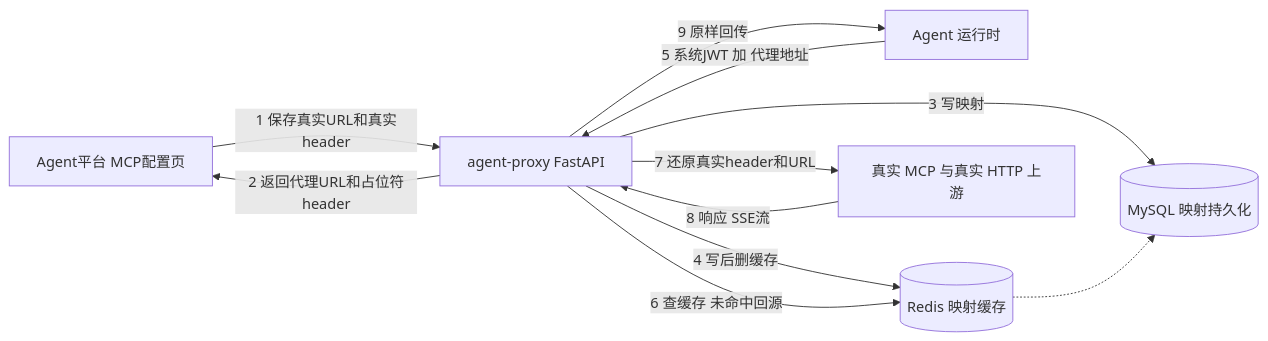
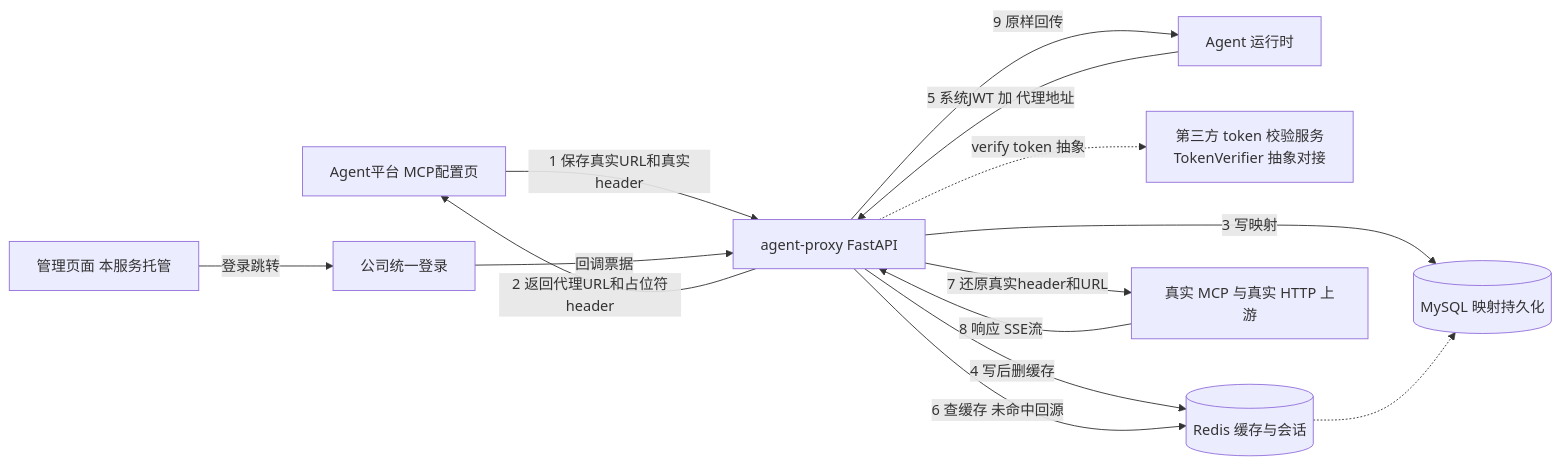
Before and after one commit to BoboBH/agent-proxy: the first of 7 diagrams in docs/superpowers/specs/2026-11-21-agent-proxy-design.md, drawn with Mermaid. The commit also changed other lines of this file, not shown here.

````diff
--- a/docs/superpowers/specs/2026-11-21-agent-proxy-design.md
+++ b/docs/superpowers/specs/2026-11-21-agent-proxy-design.md
@@ -57,21 +59,28 @@
 ```mermaid
 flowchart LR
     page[Agent平台 MCP配置页]
+    adminp[管理页面 本服务托管]
+    sso[公司统一登录]
     agent[Agent 运行时]
     proxy[agent-proxy FastAPI]
+    idp[第三方 token 校验服务<br/>TokenVerifier 抽象对接]
     mysql[(MySQL 映射持久化)]
-    redis[(Redis 映射缓存)]
+    redis[(Redis 缓存与会话)]
     upstream[真实 MCP 与真实 HTTP 上游]
 
     page -->|1 保存真实URL和真实header| proxy
     proxy -->|2 返回代理URL和占位符header| page
     proxy -->|3 写映射| mysql
     proxy -->|4 写后删缓存| redis
+
+    adminp -->|登录跳转| sso
+    sso -->|回调票据| proxy
+    proxy -.->|verify token 抽象| idp
 
     agent -->|5 系统JWT 加 代理地址| proxy
     proxy -->|6 查缓存 未命中回源| redis
     redis -.-> mysql
     proxy -->|7 还原真实header和URL| upstream
     upstream -->|8 响应 SSE流| proxy
     proxy -->|9 原样回传| agent
 ```
````
